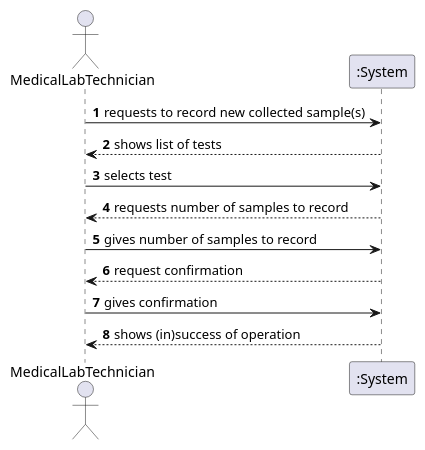
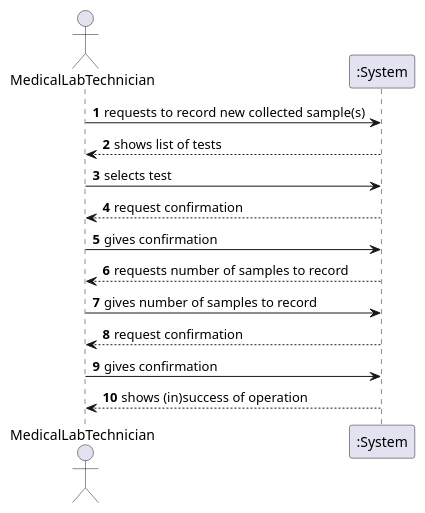
The diagram in docs/SprintC/US5/US5_SSD.puml (MadDinosaur/ISEP-LAPR2), drawn with PlantUML before and after one commit. The commit also changed 4 other files, not shown here.

```diff
--- a/docs/SprintC/US5/US5_SSD.puml
+++ b/docs/SprintC/US5/US5_SSD.puml
@@ -1,16 +1,18 @@
 @startuml
 
 autonumber
 
 actor MedicalLabTechnician as mlt
 participant ":System" as sys
 mlt -> sys: requests to record new collected sample(s)
 sys --> mlt: shows list of tests
 mlt -> sys: selects test
+sys --> mlt: request confirmation
+mlt -> sys: gives confirmation
 sys --> mlt: requests number of samples to record
 mlt -> sys: gives number of samples to record
 sys --> mlt: request confirmation
 mlt -> sys: gives confirmation
 sys --> mlt: shows (in)success of operation
 
 @enduml
```
